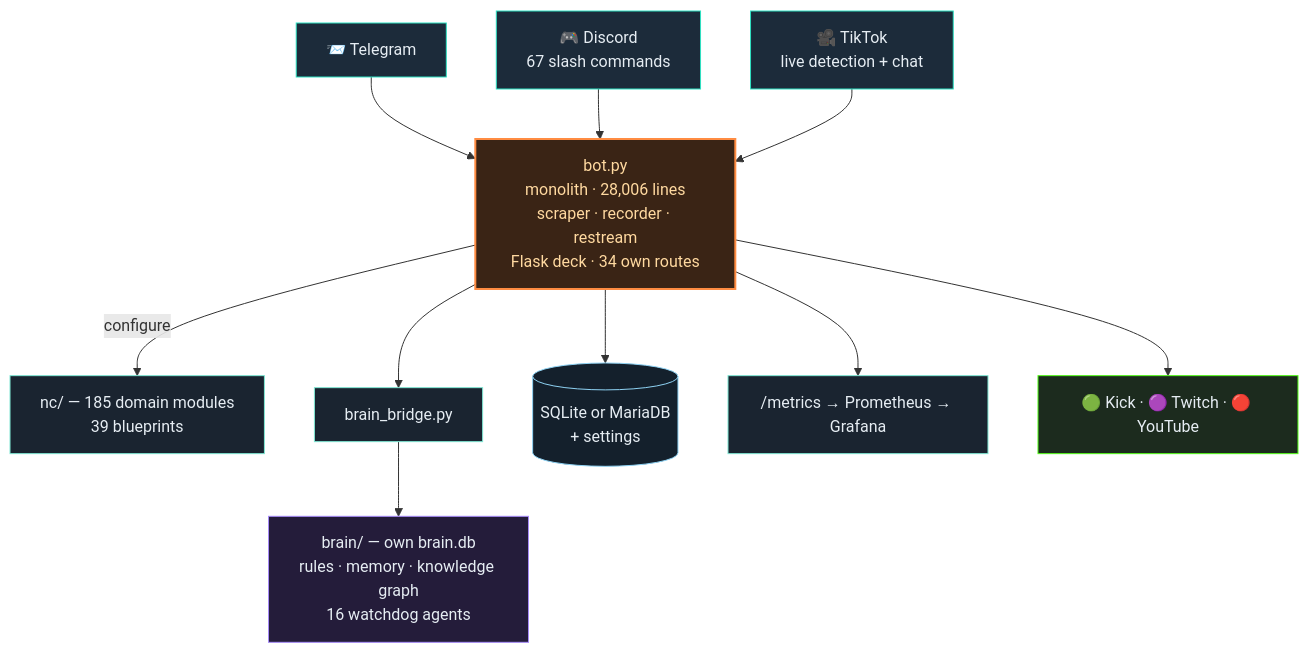
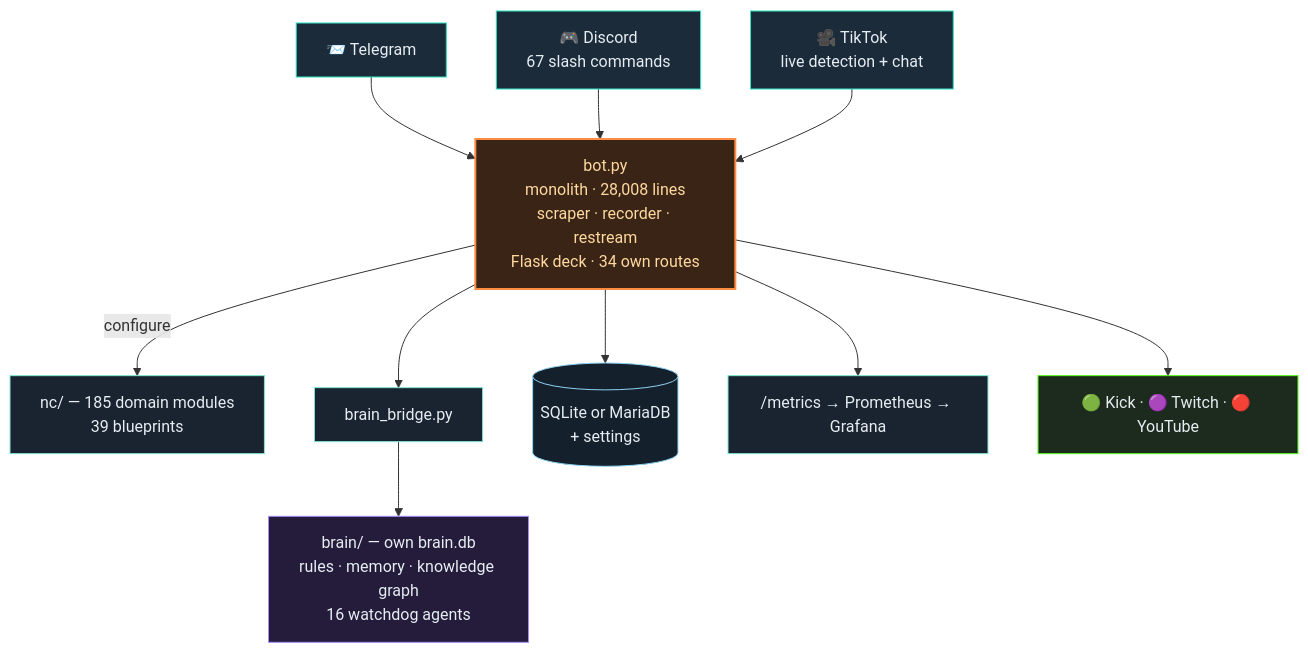
One commit to itsamemedev/Telegram-Stream-Info-Bot changed the second of 3 diagrams in README.en.md. Above: the diagram before and after it, drawn with Mermaid. The commit also changed other lines of this file and 11 other files, not shown here.

````diff
--- a/README.en.md
+++ b/README.en.md
@@ -119,19 +119,19 @@
 ```mermaid
 flowchart TB
     TG["📨 Telegram"]:::ein --> BOT
     DC["🎮 Discord<br/>67 slash commands"]:::ein --> BOT
     TT["🎥 TikTok<br/>live detection + chat"]:::ein --> BOT
-    BOT["bot.py<br/>monolith · 28,006 lines<br/>scraper · recorder · restream<br/>Flask deck · 34 own routes"]:::core
+    BOT["bot.py<br/>monolith · 28,008 lines<br/>scraper · recorder · restream<br/>Flask deck · 34 own routes"]:::core
     BOT -->|configure| NC["nc/ — 185 domain modules<br/>39 blueprints"]:::lib
     BOT --> BR["brain_bridge.py"]:::lib
     BR --> BRAIN["brain/ — own brain.db<br/>rules · memory · knowledge graph<br/>16 watchdog agents"]:::brain
     BOT --> DB[("SQLite or MariaDB<br/>+ settings")]:::db
     BOT --> PROM["/metrics → Prometheus → Grafana"]:::lib
     BOT --> OUT["🟢 Kick · 🟣 Twitch · 🔴 YouTube"]:::out
     classDef ein fill:#1c2b3a,stroke:#2de1c2,color:#e6edf3
     classDef core fill:#3a2415,stroke:#ff8c42,stroke-width:2px,color:#ffd9a0
     classDef lib fill:#1a2430,stroke:#7fe7d4,color:#e6edf3
     classDef brain fill:#241c3a,stroke:#a78bfa,color:#e6edf3
     classDef db fill:#14202c,stroke:#8fd3f4,color:#e6edf3
     classDef out fill:#1c2b1e,stroke:#53fc18,color:#e6edf3
 ```
````
